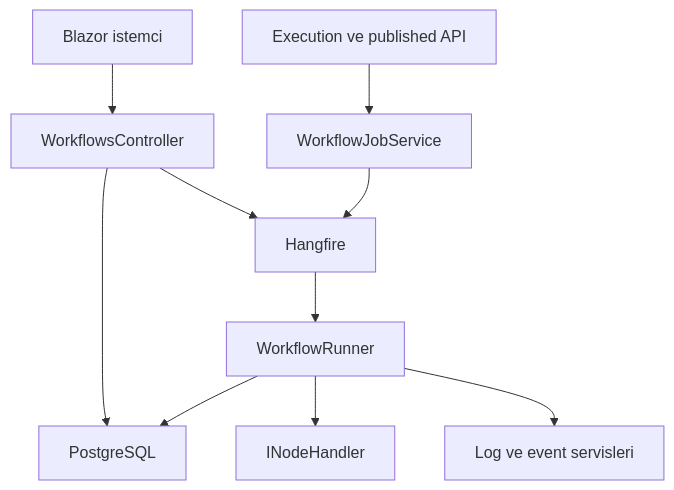
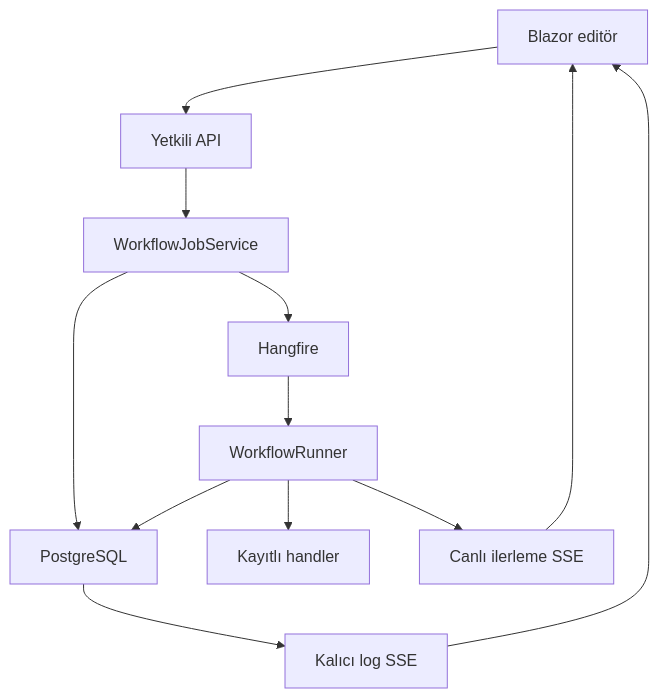
The diagram in docs/ARCHITECTURE.md (ahmetsarikaya0696/SonOfAnton), drawn with Mermaid before and after one commit. The commit also changed other lines of this file and 9 other files, not shown here.

````diff
--- a/docs/ARCHITECTURE.md
+++ b/docs/ARCHITECTURE.md
@@ -25,12 +5,14 @@
 ```mermaid
 flowchart TD
-    UI["Blazor istemci"] --> API["WorkflowsController"]
-    API --> DB["PostgreSQL"]
-    API --> Q["Hangfire"]
-    OTHER["Execution ve published API"] --> JOB["WorkflowJobService"]
-    JOB --> Q
-    Q --> RUN["WorkflowRunner"]
-    RUN --> H["INodeHandler"]
+    UI["Blazor editör"] --> API["Yetkili API"]
+    API --> JOB["WorkflowJobService"]
+    JOB --> DB["PostgreSQL"]
+    JOB --> HF["Hangfire"]
+    HF --> RUN["WorkflowRunner"]
+    RUN --> NODE["Kayıtlı handler"]
     RUN --> DB
-    RUN --> LOG["Log ve event servisleri"]
+    DB --> LOG["Kalıcı log SSE"]
+    RUN --> SSE["Canlı ilerleme SSE"]
+    LOG --> UI
+    SSE --> UI
 ```
````
